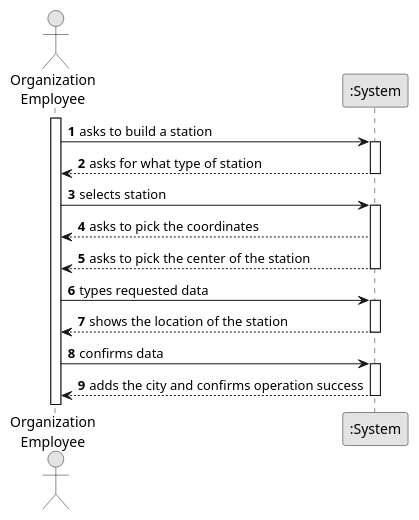
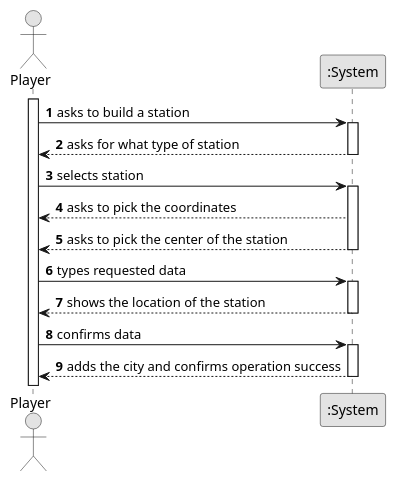
The diagram in docs/system-documentation/US005/01.requirements-engineering/puml/US005-SSD.puml (1240826/empire-on-tracks), drawn with PlantUML before and after one commit. The commit also changed 19 other files, not shown here.

```diff
--- a/docs/system-documentation/US005/01.requirements-engineering/puml/US005-SSD.puml
+++ b/docs/system-documentation/US005/01.requirements-engineering/puml/US005-SSD.puml
@@ -1,37 +1,37 @@
 @startuml
 skinparam monochrome true
 skinparam packageStyle rectangle
 skinparam shadowing false
 
 autonumber
 
-actor "Organization\nEmployee" as Employee
+actor "Player" as Employee
 participant ":System" as System
 
 activate Employee
 
     Employee -> System : asks to build a station
     activate System
 
         System --> Employee : asks for what type of station
     deactivate System
 
     Employee -> System : selects station
     activate System
 
         System --> Employee : asks to pick the coordinates
         System --> Employee : asks to pick the center of the station
     deactivate System
 
     Employee -> System : types requested data
     activate System
 
         System --> Employee : shows the location of the station
     deactivate System
 
     Employee -> System : confirms data
     activate System
 
         System --> Employee : adds the city and confirms operation success
     deactivate System
 @enduml
```
